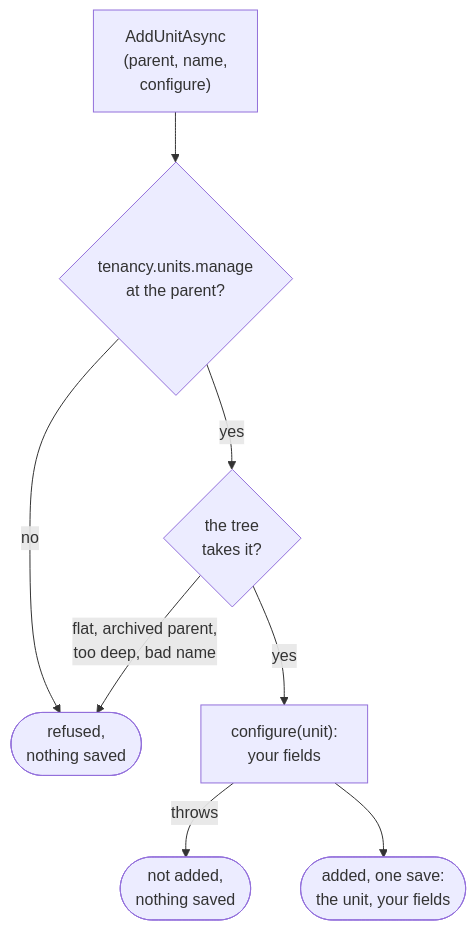
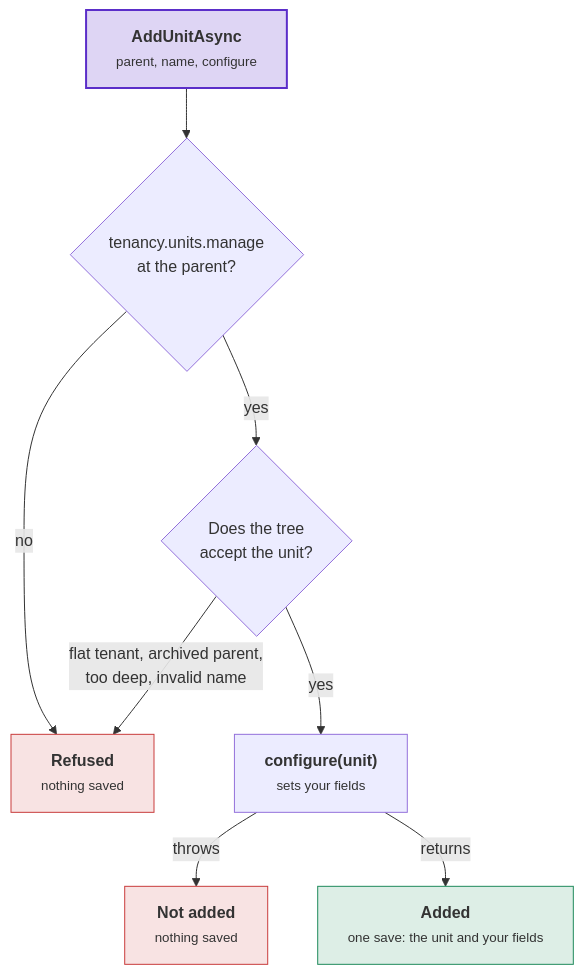
Before and after one commit to DylanSnel/DDDToolkit: the second of 2 diagrams in docs/tenancy/your-module.md, drawn with Mermaid. The commit also changed other lines of this file and 24 other files, not shown here.

First line of the commit message:
Docs: plain prose and readable diagrams for Tenancy and Membership

````diff
--- a/docs/tenancy/your-module.md
+++ b/docs/tenancy/your-module.md
@@ -480,10 +531,23 @@
 ```mermaid
 flowchart TB
-    Ask["AddUnitAsync<br/>(parent, name,<br/>configure)"] --> Permission{"tenancy.units.manage<br/>at the parent?"}
-    Permission -- no --> Refused(["refused,<br/>nothing saved"])
-    Permission -- yes --> Tree{"the tree<br/>takes it?"}
-    Tree -- "flat, archived parent,<br/>too deep, bad name" --> Refused
-    Tree -- yes --> Configure["configure(unit):<br/>your fields"]
-    Configure -- throws --> Nothing(["not added,<br/>nothing saved"])
-    Configure --> Save(["added, one save:<br/>the unit, your fields"])
+    addUnit["<b>AddUnitAsync</b><br/><small>parent, name, configure</small>"]
+    permission{"tenancy.units.manage<br/>at the parent?"}
+    tree{"Does the tree<br/>accept the unit?"}
+    configure["<b>configure(unit)</b><br/><small>sets your fields</small>"]
+    refused["<b>Refused</b><br/><small>nothing saved</small>"]
+    notAdded["<b>Not added</b><br/><small>nothing saved</small>"]
+    added["<b>Added</b><br/><small>one save: the unit and your fields</small>"]
+    addUnit --> permission
+    permission -- "no" --> refused
+    permission -- "yes" --> tree
+    tree -- "flat tenant, archived parent,<br/>too deep, invalid name" --> refused
+    tree -- "yes" --> configure
+    configure -- "throws" --> notAdded
+    configure -- "returns" --> added
+    classDef strong fill:#5b2ec933,stroke:#5b2ec9,stroke-width:2px
+    classDef good fill:#1f8a5b26,stroke:#1f8a5b
+    classDef bad fill:#c93c3c24,stroke:#c93c3c
+    class addUnit strong
+    class added good
+    class refused,notAdded bad
 ```
````
